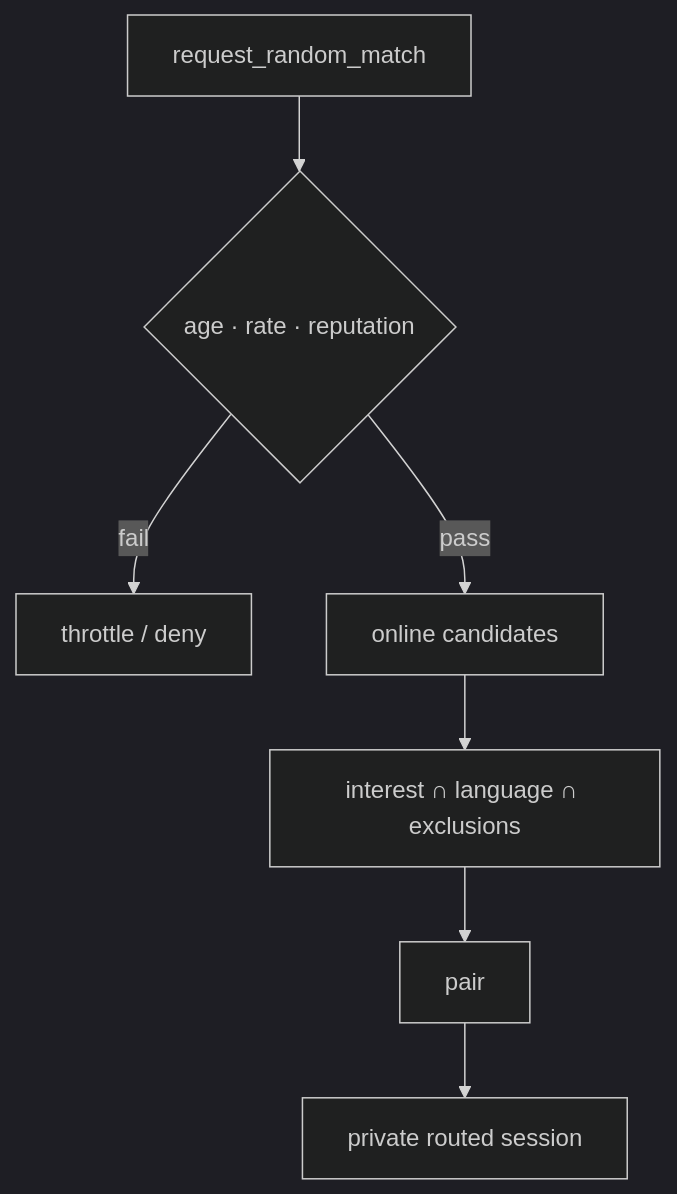
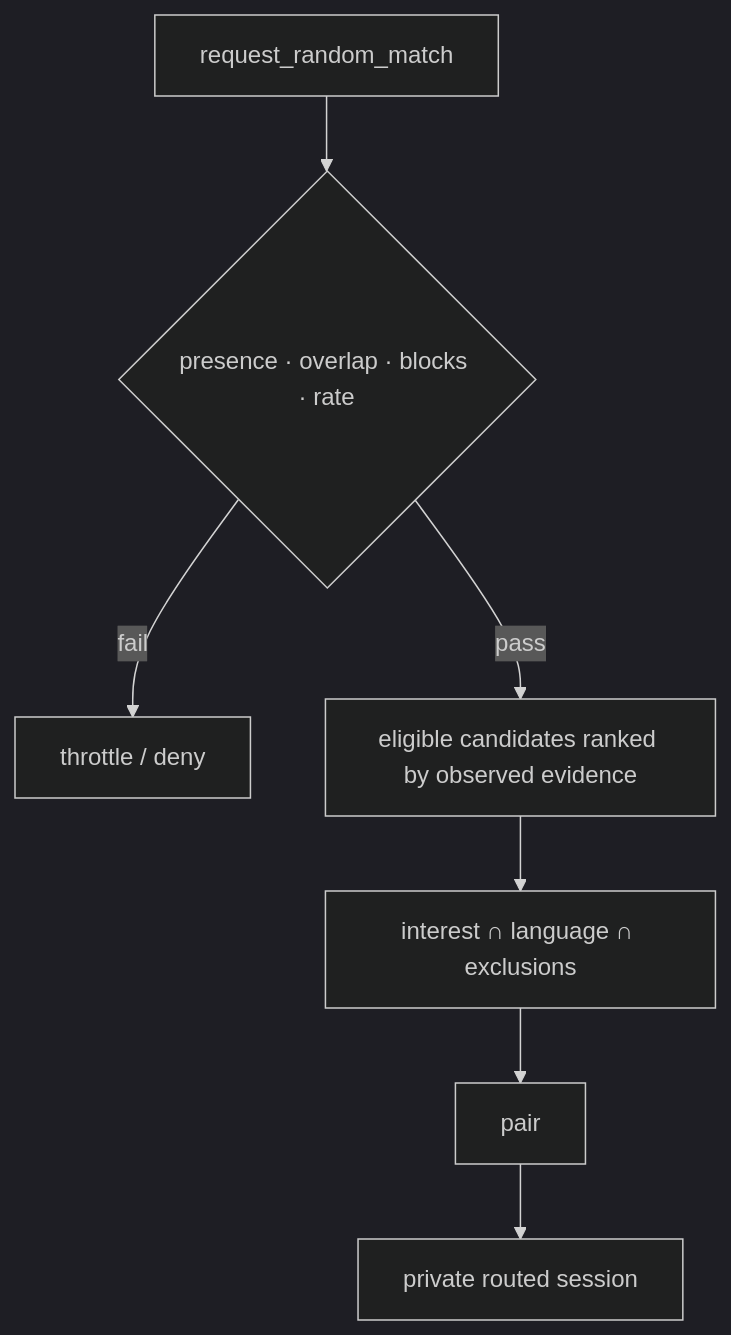
Before and after one commit to tschk/nexnet: the diagram in docs/discovery.md, drawn with Mermaid (dark theme). The commit also changed other lines of this file and 6 other files, not shown here.

````diff
--- a/docs/discovery.md
+++ b/docs/discovery.md
@@ -101,9 +108,9 @@
 ```mermaid
 flowchart TD
-  Req[request_random_match] --> Gate{age · rate · reputation}
+  Req[request_random_match] --> Gate{presence · overlap · blocks · rate}
   Gate -->|fail| Reject[throttle / deny]
-  Gate -->|pass| Pool[online candidates]
+  Gate -->|pass| Pool[eligible candidates ranked by observed evidence]
   Pool --> Filter[interest ∩ language ∩ exclusions]
   Filter --> Pair[pair]
   Pair --> Route[private routed session]
 ```
````
